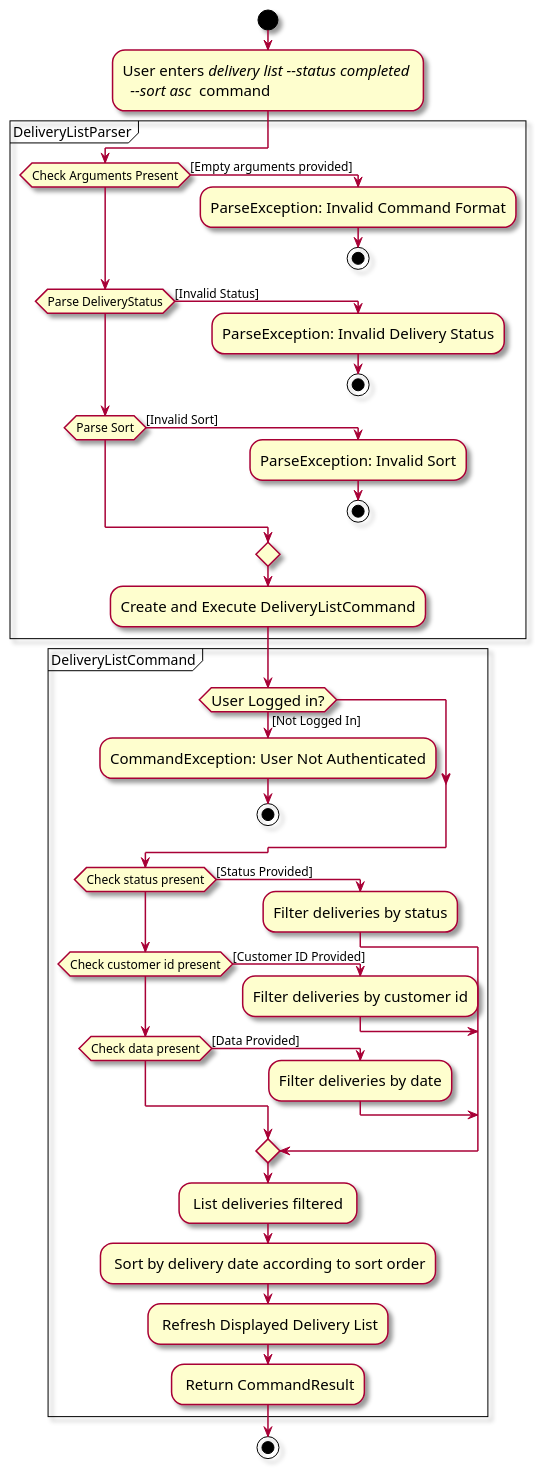
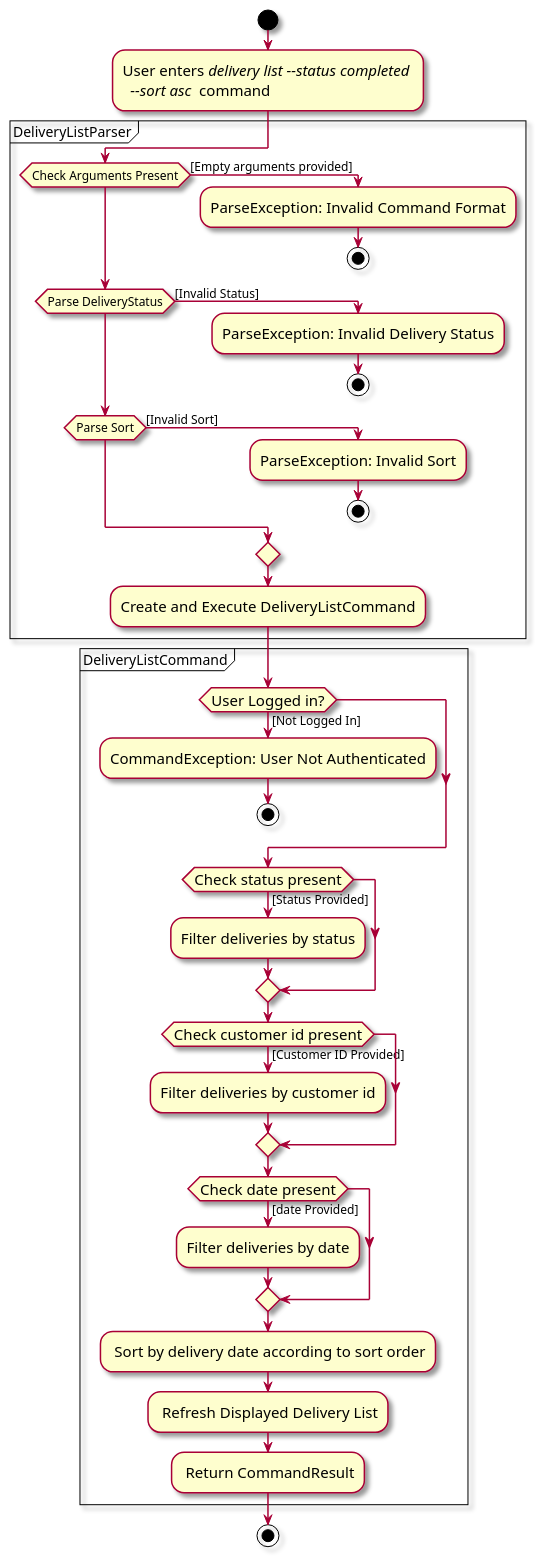
Before and after one commit to zhonghan721/tp: the diagram in docs/diagrams/implementation/delivery/DeliveryListActivityDiagram.puml, drawn with PlantUML.

Commit message:
Modify delivery list activity diagram

```diff
--- a/docs/diagrams/implementation/delivery/DeliveryListActivityDiagram.puml
+++ b/docs/diagrams/implementation/delivery/DeliveryListActivityDiagram.puml
@@ -1,44 +1,46 @@
 @startuml
 skin rose
 skinparam ActivityFontSize 15
 skinparam ArrowFontSize 12
 
 !pragma useVerticalIf on
 start
 :User enters <i>delivery list --status completed \n <i> --sort asc </i> command;
 partition DeliveryListParser {
     if (Check Arguments Present) then ([Empty arguments provided])
         :ParseException: Invalid Command Format;
         stop
     elseif (Parse DeliveryStatus) then ([Invalid Status])
         :ParseException: Invalid Delivery Status;
         stop
     elseif (Parse Sort) then ([Invalid Sort])
         :ParseException: Invalid Sort;
         stop
     endif
     :Create and Execute DeliveryListCommand;
 }
 
 partition DeliveryListCommand {
     if (User Logged in?) then ([Not Logged In])
         :CommandException: User Not Authenticated;
         stop
     endif
 
     if (Check status present) then ([Status Provided])
         :Filter deliveries by status;
-    elseif (Check customer id present) then ([Customer ID Provided])
+    endif
+
+    if (Check customer id present) then ([Customer ID Provided])
         :Filter deliveries by customer id;
-    elseif (Check data present) then ([Data Provided])
+    endif
+    if (Check date present) then ([date Provided])
         :Filter deliveries by date;
     endif
-        : List deliveries filtered ;
         : Sort by delivery date according to sort order;
         : Refresh Displayed Delivery List;
         : Return CommandResult;
 }
 
 stop
 
 @enduml
```
